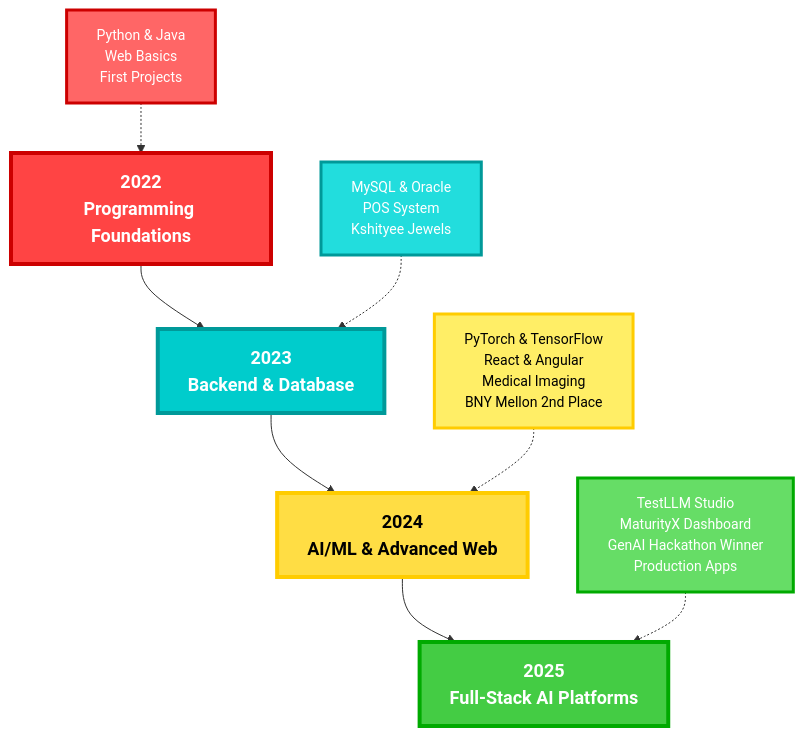
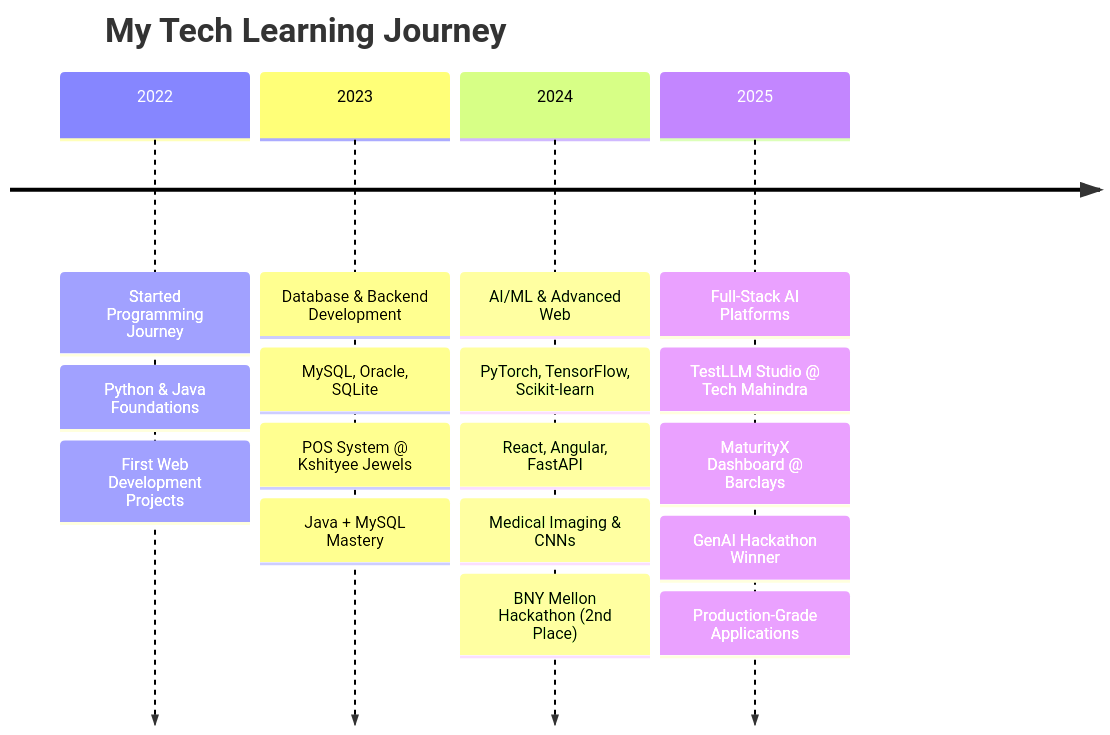
Before and after one commit to chinmayee-s-r/chinmayee-s-r: the diagram in README.md, drawn with Mermaid. The commit also changed other lines of this file, not shown here.

Commit message:
Final Timeline.md

````diff
--- a/README.md
+++ b/README.md
@@ -22,20 +21,21 @@
 ```mermaid
-graph TD
-    A[<b>2022</b><br/>Programming Foundations] --> B[<b>2023</b><br/>Backend & Database]
-    B --> C[<b>2024</b><br/>AI/ML & Advanced Web]
-    C --> D[<b>2025</b><br/>Full-Stack AI Platforms]
-    
-    A1[Python & Java<br/>Web Basics<br/>First Projects] -.-> A
-    B1[MySQL & Oracle<br/>POS System<br/>Kshityee Jewels] -.-> B
-    C1[PyTorch & TensorFlow<br/>React & Angular<br/>Medical Imaging<br/>BNY Mellon 2nd Place] -.-> C
-    D1[TestLLM Studio<br/>MaturityX Dashboard<br/>GenAI Hackathon Winner<br/>Production Apps] -.-> D
-    
-    style A fill:#FF4444,stroke:#CC0000,stroke-width:4px,color:#fff,font-size:18px,font-weight:bold
-    style B fill:#00CCCC,stroke:#009999,stroke-width:4px,color:#fff,font-size:18px,font-weight:bold
-    style C fill:#FFDD44,stroke:#FFCC00,stroke-width:4px,color:#000,font-size:18px,font-weight:bold
-    style D fill:#44CC44,stroke:#00AA00,stroke-width:4px,color:#fff,font-size:18px,font-weight:bold
-    style A1 fill:#FF6666,stroke:#CC0000,stroke-width:3px,color:#fff,font-size:14px
-    style B1 fill:#22DDDD,stroke:#009999,stroke-width:3px,color:#fff,font-size:14px
-    style C1 fill:#FFEE66,stroke:#FFCC00,stroke-width:3px,color:#000,font-size:14px
-    style D1 fill:#66DD66,stroke:#00AA00,stroke-width:3px,color:#fff,font-size:14px
+timeline
+    title My Tech Learning Journey
+    2022 : Started Programming Journey
+         : Python & Java Foundations
+         : First Web Development Projects
+    2023 : Database & Backend Development
+         : MySQL, Oracle, SQLite
+         : POS System @ Kshityee Jewels
+         : Java + MySQL Mastery
+    2024 : AI/ML & Advanced Web
+         : PyTorch, TensorFlow, Scikit-learn
+         : React, Angular, FastAPI
+         : Medical Imaging & CNNs
+         : BNY Mellon Hackathon (2nd Place)
+    2025 : Full-Stack AI Platforms
+         : TestLLM Studio @ Tech Mahindra
+         : MaturityX Dashboard @ Barclays
+         : GenAI Hackathon Winner
+         : Production-Grade Applications
 ```
````
